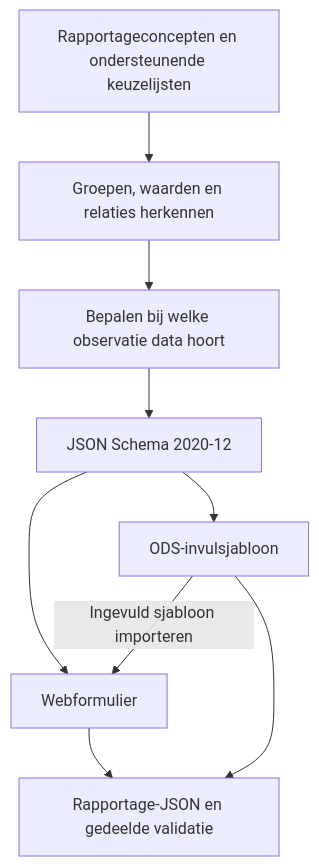
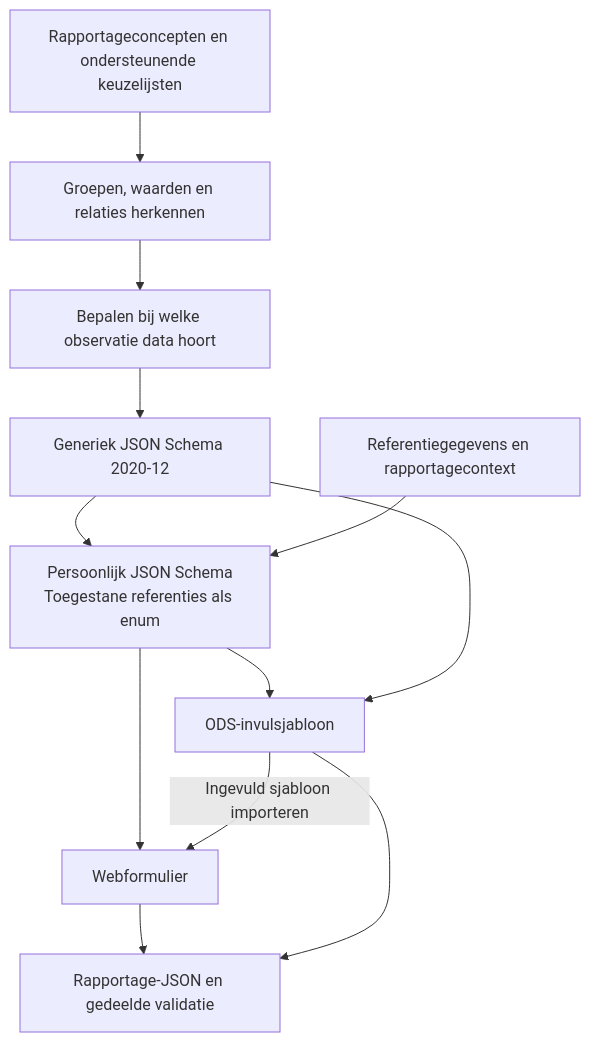
Before and after one commit to milieuinfo/codelijst-rie-iepr: the second of 2 diagrams in README.md, drawn with Mermaid. The commit also changed other lines of this file and 29 other files, not shown here.

Commit message:
wip: persoonlijke JSON schemas

````diff
--- a/README.md
+++ b/README.md
@@ -302,16 +302,21 @@
 ```mermaid
 flowchart TD
     source["Rapportageconcepten en ondersteunende keuzelijsten"]
     groups["Groepen, waarden en relaties herkennen"]
     ownership["Bepalen bij welke observatie data hoort"]
-    schema["JSON Schema 2020-12"]
+    schema["Generiek JSON Schema 2020-12"]
+    references["Referentiegegevens en rapportagecontext"]
+    personal["Persoonlijk JSON Schema<br/>Toegestane referenties als enum"]
     ui["Webformulier"]
     ods["ODS-invulsjabloon"]
     json["Rapportage-JSON en gedeelde validatie"]
     source --> groups --> ownership --> schema
-    schema --> ui
+    schema --> personal
+    references --> personal
+    personal --> ui
+    personal --> ods
     schema --> ods
     ui --> json
     ods --> json
     ods -->|"Ingevuld sjabloon importeren"| ui
 ```
````
